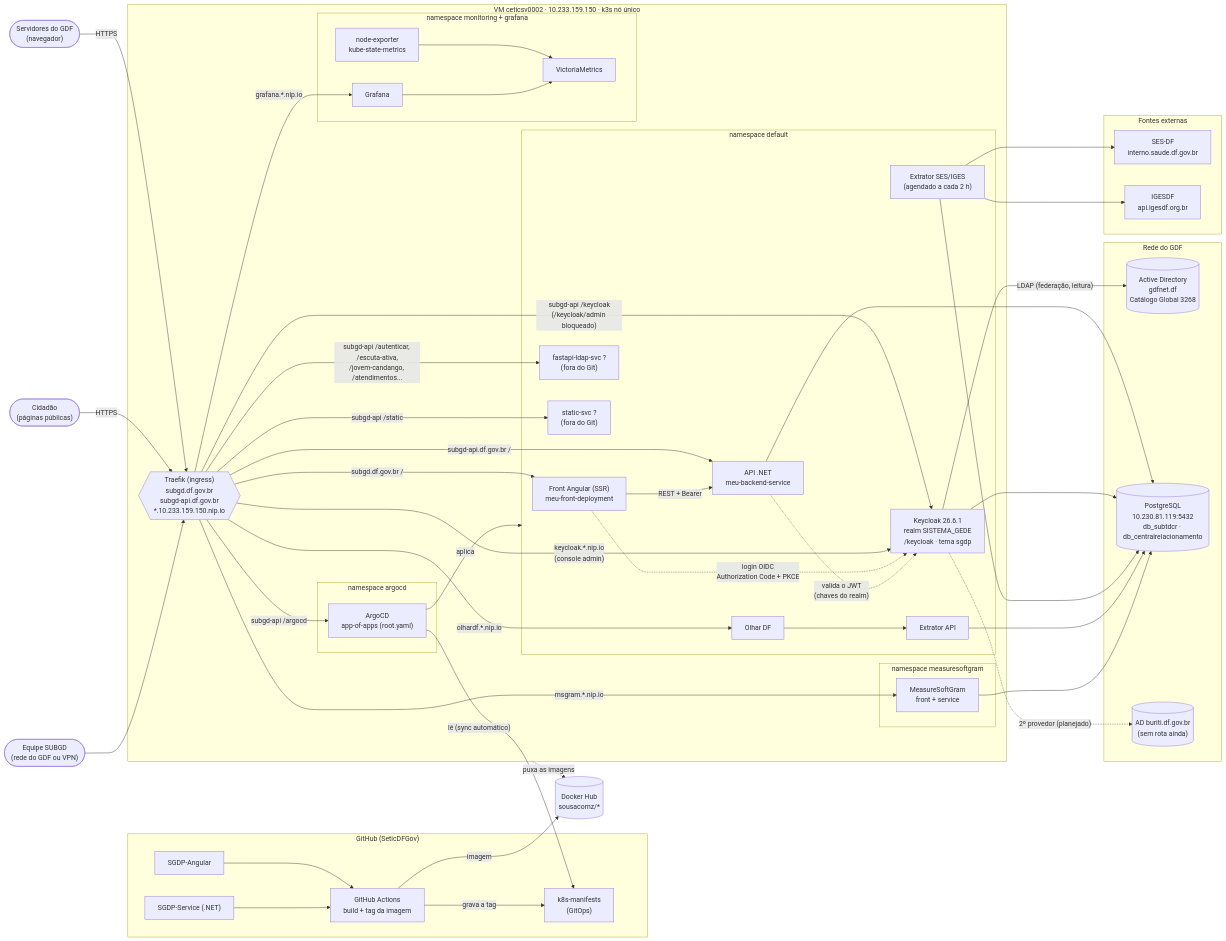
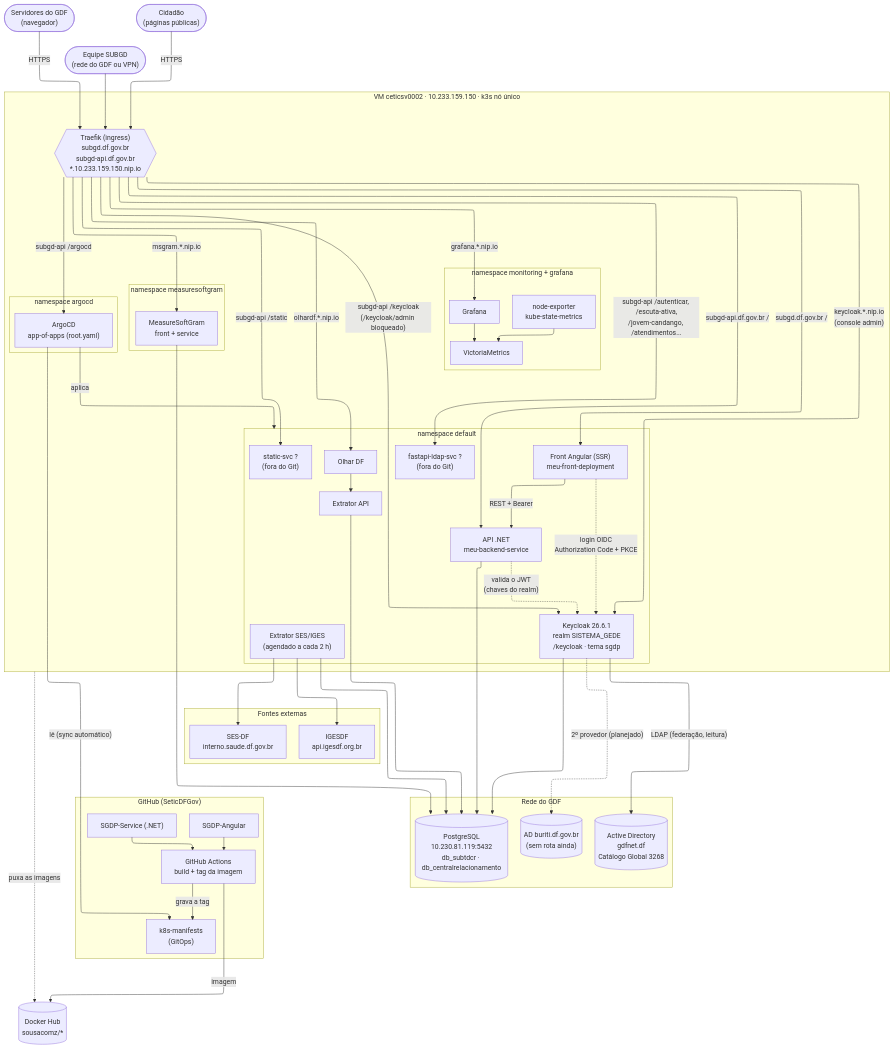
The first of 3 diagrams in docs/arquitetura.md (SeticDFGov/k8s-manifests), drawn with Mermaid before and after one commit. The commit also changed 5 other files, not shown here.

Commit message:
docs: arquitetura em PDF (para o processo SEI) e layout ELK da visão geral

````diff
--- a/docs/arquitetura.md
+++ b/docs/arquitetura.md
@@ -8,5 +8,9 @@
 ```mermaid
-flowchart LR
+---
+config:
+  layout: elk
+---
+flowchart TB
   %% ---------- Pessoas ----------
   usuario(["Servidores do GDF<br/>(navegador)"])
   cidadao(["Cidadão<br/>(páginas públicas)"])
````
